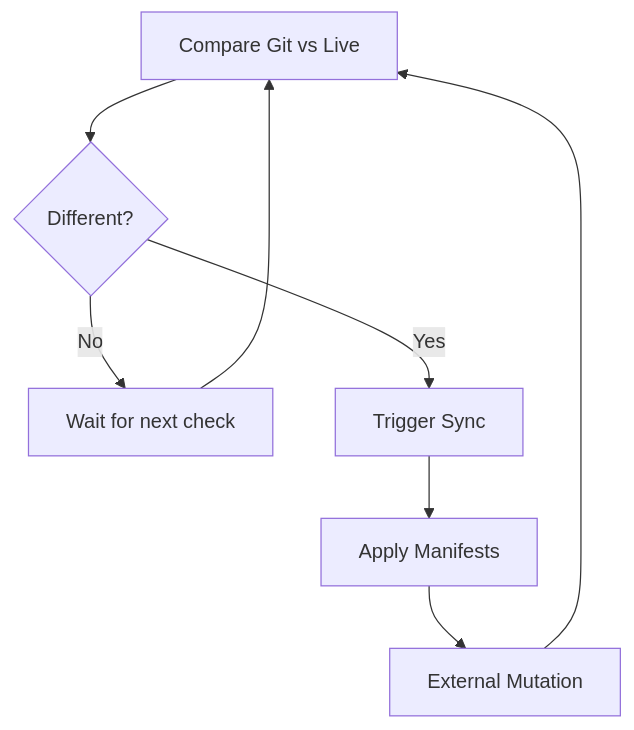
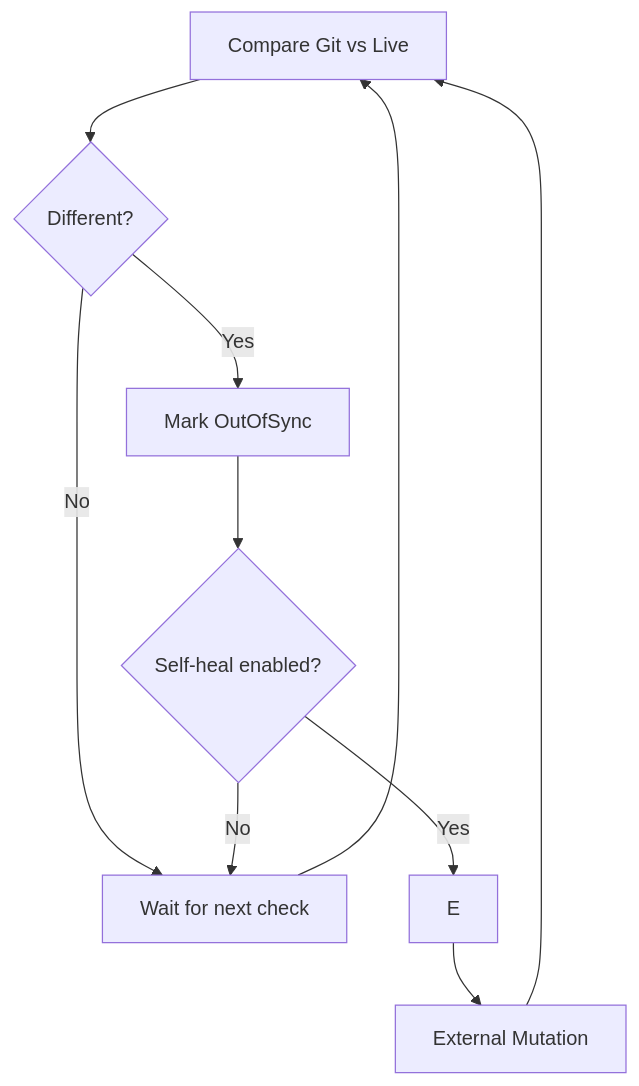
The diagram in posts/2026-02-26-argocd-unnecessary-auto-sync-loop/README.md (OneUptime/blog), drawn with Mermaid before and after one commit. The commit also changed other lines of this file and 2 other files, not shown here.

Commit message:
validate: 2026-02-26-argocd-unnecessary-auto-sync-loop

````diff
--- a/posts/2026-02-26-argocd-unnecessary-auto-sync-loop/README.md
+++ b/posts/2026-02-26-argocd-unnecessary-auto-sync-loop/README.md
@@ -26,10 +26,12 @@
 ```mermaid
 flowchart TD
     A[Compare Git vs Live] --> B{Different?}
     B -->|No| C[Wait for next check]
     C --> A
-    B -->|Yes| D[Trigger Sync]
-    D --> E[Apply Manifests]
+    B -->|Yes| D[Mark OutOfSync]
+    D --> G{Self-heal enabled?}
+    G -->|No| C
+    G -->|Yes| E
     E --> F[External Mutation]
     F --> A
 ```
````
